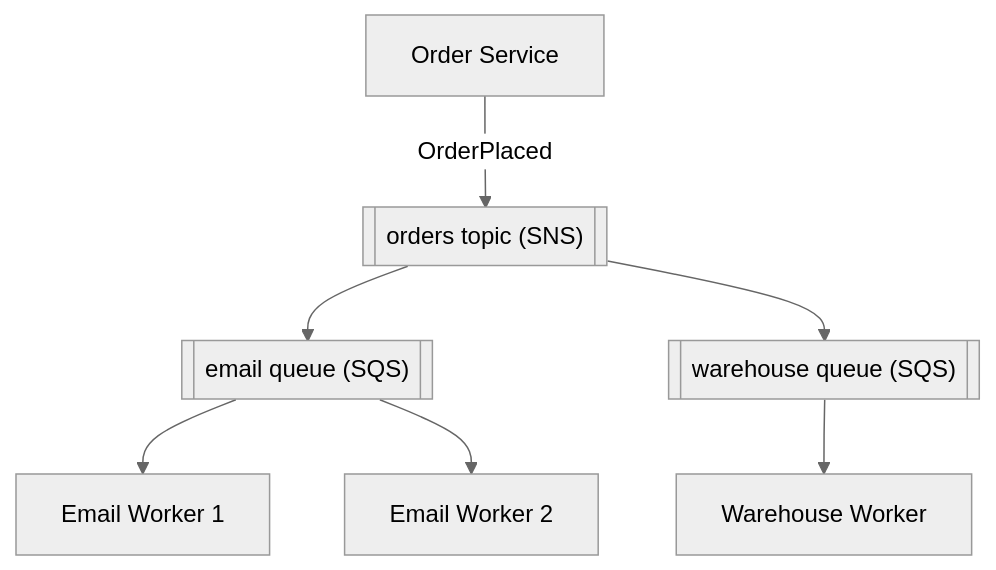
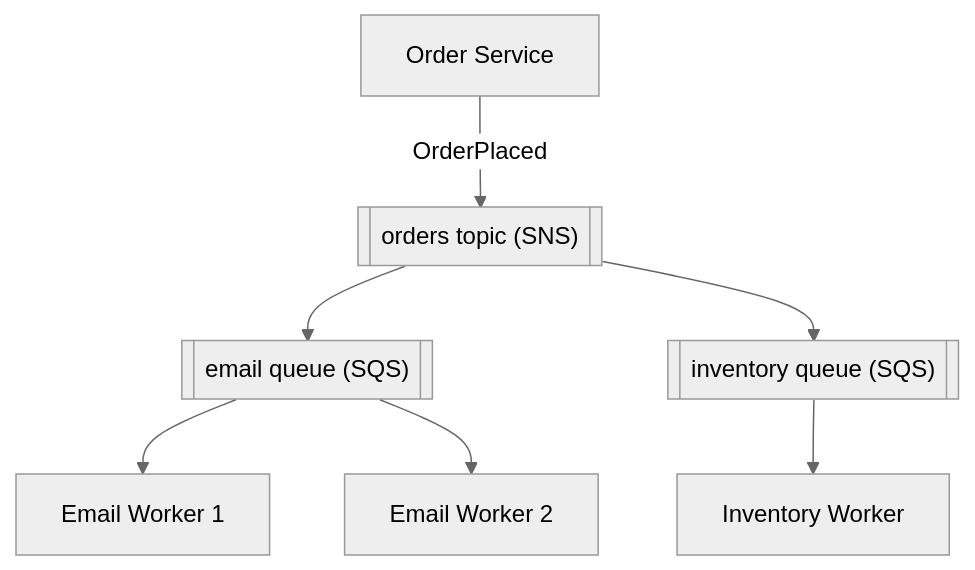
Before and after one commit to iamrs77/interview-ready: the third of 3 diagrams in content/system-design/messaging/message-queues-pub-sub.mdx, drawn with Mermaid (neutral theme). The commit also changed other lines of this file and 132 other files, not shown here.

````diff
--- a/content/system-design/messaging/message-queues-pub-sub.mdx
+++ b/content/system-design/messaging/message-queues-pub-sub.mdx
@@ -63,9 +63,9 @@
 ```mermaid
 flowchart TB
   O["Order Service"]:::service -->|"OrderPlaced"| T[["orders topic (SNS)"]]:::queue
   T --> Q1[["email queue (SQS)"]]:::queue
-  T --> Q2[["warehouse queue (SQS)"]]:::queue
+  T --> Q2[["inventory queue (SQS)"]]:::queue
   Q1 --> E1["Email Worker 1"]:::service
   Q1 --> E2["Email Worker 2"]:::service
-  Q2 --> W1["Warehouse Worker"]:::service
+  Q2 --> W1["Inventory Worker"]:::service
 ```
````
